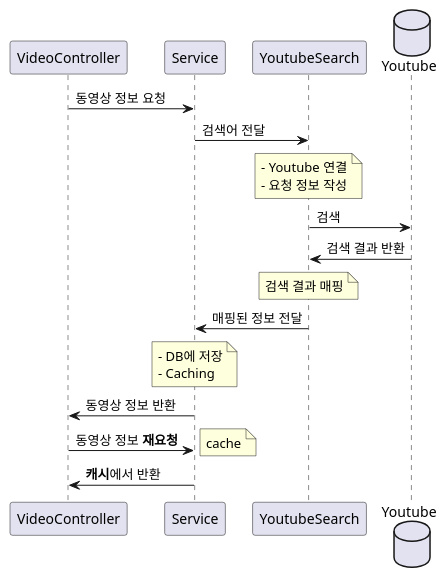
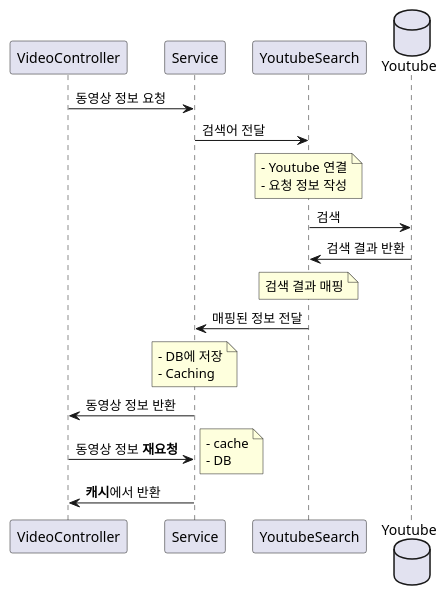
The second of 2 diagrams in docs/Server/README.md (JunilHwang/zum_pilot), drawn with PlantUML before and after one commit. The commit also changed other lines of this file and 1 other file, not shown here.

```diff
--- a/docs/Server/README.md
+++ b/docs/Server/README.md
@@ -148,19 +148,19 @@
 @startuml
 participant VideoController
 participant Service
 participant YoutubeSearch
 database Youtube
  
 VideoController -> Service : 동영상 정보 요청
 Service -> YoutubeSearch : 검색어 전달
 note over YoutubeSearch : - Youtube 연결\n- 요청 정보 작성
 YoutubeSearch -> Youtube : 검색
 YoutubeSearch <- Youtube : 검색 결과 반환
 note over YoutubeSearch : 검색 결과 매핑 
 Service <- YoutubeSearch : 매핑된 정보 전달 
 note over Service : - DB에 저장\n- Caching 
 VideoController <- Service : 동영상 정보 반환  
 VideoController -> Service : 동영상 정보 **재요청**
-note right: cache
+note right: - cache\n- DB
 VideoController <- Service : **캐시**에서 반환
 @enduml
```
